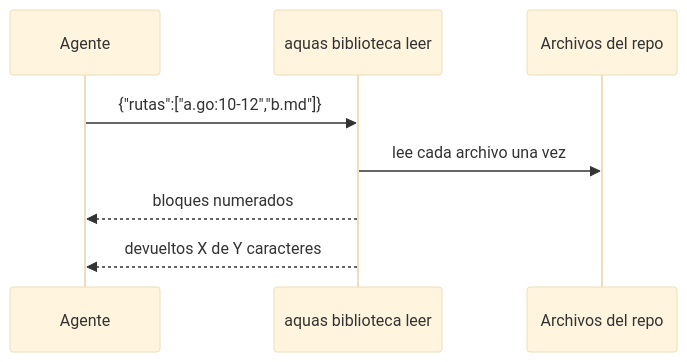
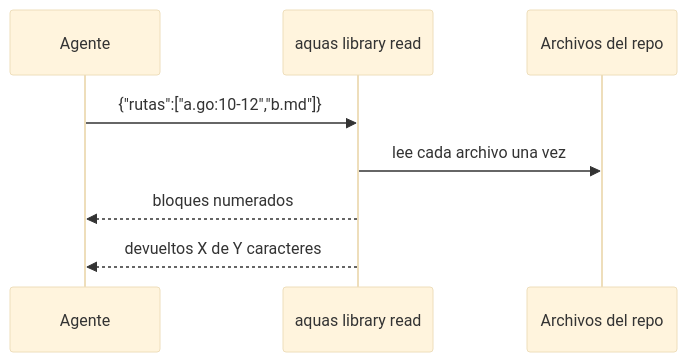
One commit to jliberal-aquas/aquas-central-harness-government changed the first of 2 diagrams in docs/E001/F003/S001.md. Above: the diagram before and after it, drawn with Mermaid (base theme). The commit also changed other lines of this file and 184 other files, not shown here.

````diff
--- a/docs/E001/F003/S001.md
+++ b/docs/E001/F003/S001.md
@@ -46,10 +46,10 @@
 ```mermaid
 sequenceDiagram
     participant A as Agente
-    participant Q as aquas biblioteca leer
+    participant Q as aquas library read
     participant R as Archivos del repo
     A->>Q: {"rutas":["a.go:10-12","b.md"]}
     Q->>R: lee cada archivo una vez
     Q-->>A: bloques numerados
     Q-->>A: devueltos X de Y caracteres
 ```
````
